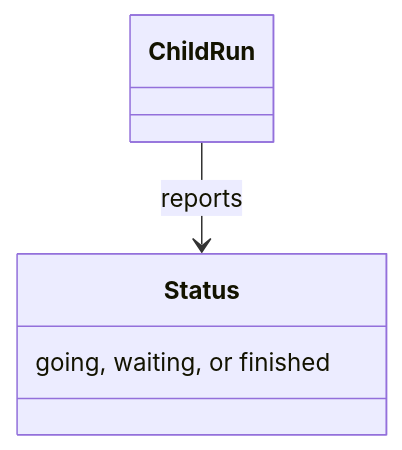
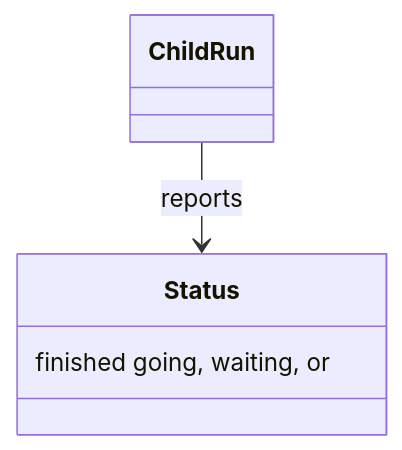
One commit to m2ux/workflow-server changed diagram 14 of 18 in docs/dispatch.md. Above: the diagram before and after it, drawn with Mermaid. The commit also changed other lines of this file and 13 other files, not shown here.

````diff
--- a/docs/dispatch.md
+++ b/docs/dispatch.md
@@ -241,8 +241,8 @@
 ```mermaid
 classDiagram
   class ChildRun
   class Status {
-    going, waiting, or finished
+    finished going, waiting, or
   }
   ChildRun --> Status : reports
 ```
````
